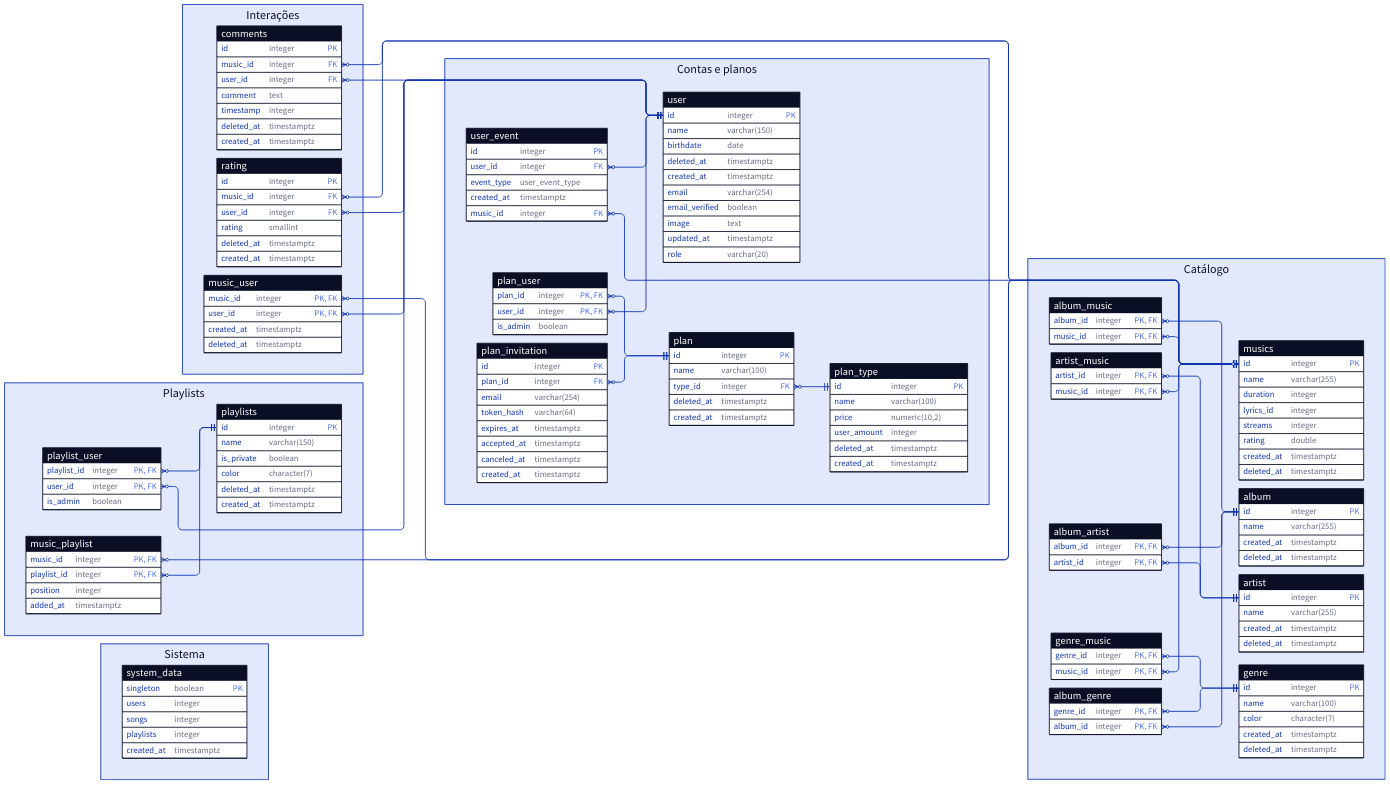
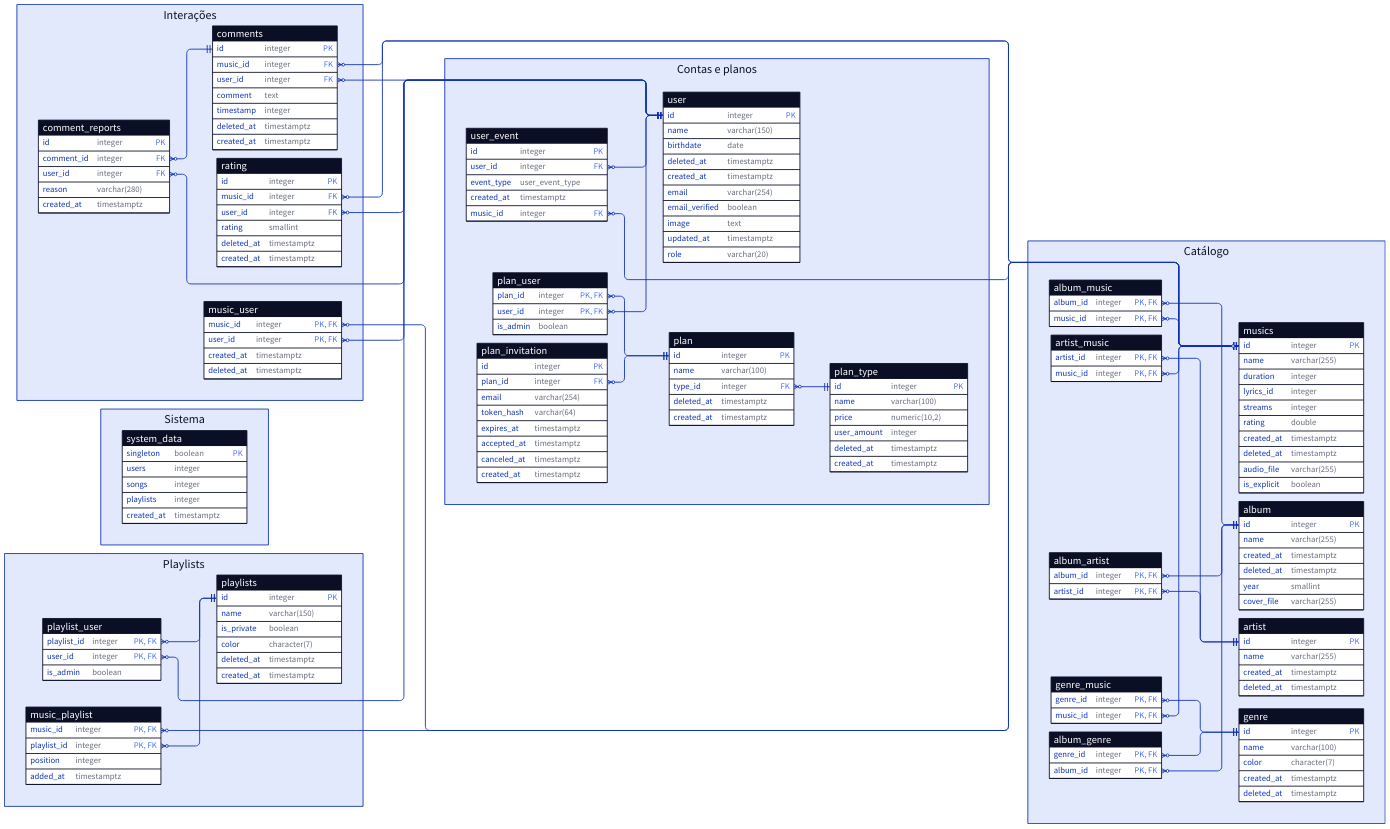
The diagram in docs/assets/modelo-er-gerado.d2 (Warphn/Zovic), drawn with D2 before and after one commit. The commit also changed 1 other file, not shown here.

Commit message:
chore(db): atualiza diagrama ER gerado

```diff
--- a/docs/assets/modelo-er-gerado.d2
+++ b/docs/assets/modelo-er-gerado.d2
@@ -70,6 +70,8 @@
     rating: "double"
     created_at: "timestamptz"
     deleted_at: "timestamptz"
+    audio_file: "varchar(255)"
+    is_explicit: "boolean"
   }
   album: {
     shape: sql_table
@@ -77,6 +79,8 @@
     name: "varchar(255)"
     created_at: "timestamptz"
     deleted_at: "timestamptz"
+    year: "smallint"
+    cover_file: "varchar(255)"
   }
   artist: {
     shape: sql_table
@@ -156,6 +160,14 @@
     deleted_at: "timestamptz"
     created_at: "timestamptz"
   }
+  comment_reports: {
+    shape: sql_table
+    id: "integer" {constraint: [primary_key]}
+    comment_id: "integer" {constraint: [foreign_key]}
+    user_id: "integer" {constraint: [foreign_key]}
+    reason: "varchar(280)"
+    created_at: "timestamptz"
+  }
   rating: {
     shape: sql_table
     id: "integer" {constraint: [primary_key]}
@@ -214,6 +226,14 @@
   target-arrowhead.shape: cf-one-required
 }
 catalogo.artist_music.music_id <-> catalogo.musics.id: {
+  source-arrowhead.shape: cf-many
+  target-arrowhead.shape: cf-one-required
+}
+interacoes.comment_reports.comment_id <-> interacoes.comments.id: {
+  source-arrowhead.shape: cf-many
+  target-arrowhead.shape: cf-one-required
+}
+interacoes.comment_reports.user_id <-> contas.user.id: {
   source-arrowhead.shape: cf-many
   target-arrowhead.shape: cf-one-required
 }
```
